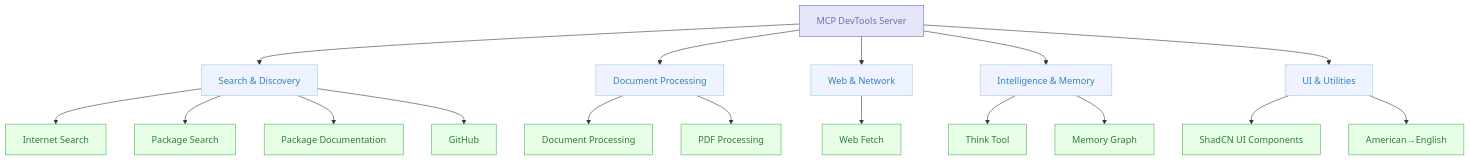
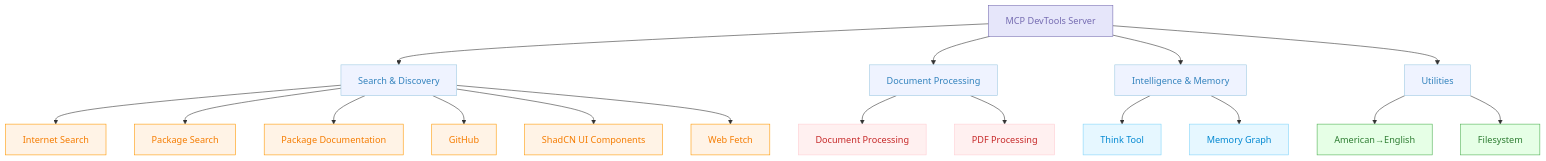
One commit to sammcj/mcp-devtools changed the diagram in README.md. Above: the diagram before and after it, drawn with Mermaid. The commit also changed other lines of this file and 8 other files, not shown here.

Commit message:
feat: new tool - filesystem

````diff
--- a/README.md
+++ b/README.md
@@ -5,32 +5,38 @@
 ```mermaid
 graph TD
     A[MCP DevTools Server] --> B[Search & Discovery]
     A --> C[Document Processing]
-    A --> D[Web & Network]
     A --> E[Intelligence & Memory]
-    A --> F[UI & Utilities]
+    A --> F[Utilities]
 
     B --> B1[Internet Search]
     B --> B2[Package Search]
     B --> B3[Package Documentation]
     B --> B4[GitHub]
+    B --> B5[ShadCN UI Components]
+    B --> B6[Web Fetch]
 
     C --> C1[Document Processing]
     C --> C2[PDF Processing]
 
-    D --> D1[Web Fetch]
 
     E --> E1[Think Tool]
     E --> E2[Memory Graph]
 
-    F --> F1[ShadCN UI Components]
-    F --> F2[American→English]
+    F --> F3[American→English]
+    F --> F4[Filesystem]
 
     classDef server fill:#E6E6FA,stroke:#756BB1,color:#756BB1
     classDef category fill:#EFF3FF,stroke:#9ECAE1,color:#3182BD
-    classDef tool fill:#E6FFE6,stroke:#4CAF50,color:#2E7D32
+    classDef utility fill:#E6FFE6,stroke:#4CAF50,color:#2E7D32
+    classDef searchDiscovery fill:#FFF3E6,stroke:#FF9800,color:#F57C00
+    classDef intelligence fill:#E6F7FF,stroke:#81D4FA,color:#0288D1
+    classDef documentProcessing fill:#FFF0F0,stroke:#FFCDD2,color:#C62828
 
     class A server
     class B,C,D,E,F category
-    class B1,B2,B3,B4,C1,C2,D1,E1,E2,F1,F2 tool
+    class D1,F1,F2,F3,F4 utility
+    class B1,B2,B3,B4,B5,B6 searchDiscovery
+    class C1,C2 documentProcessing
+    class E1,E2 intelligence
 ```
````
